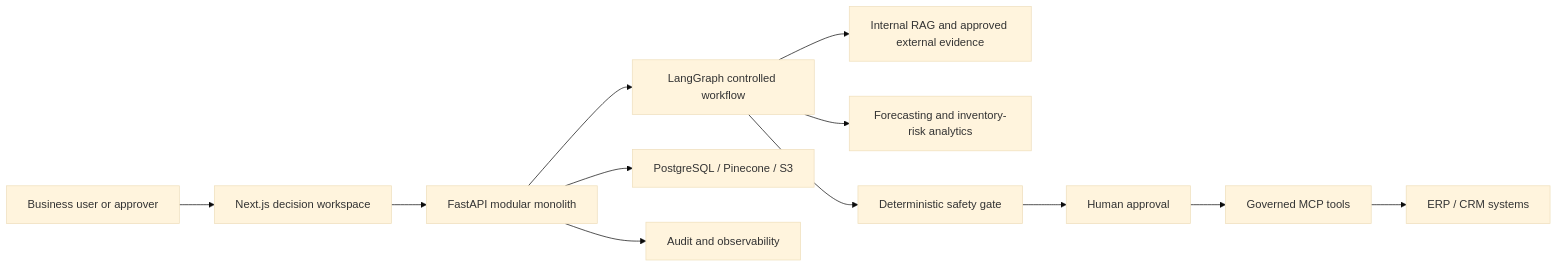
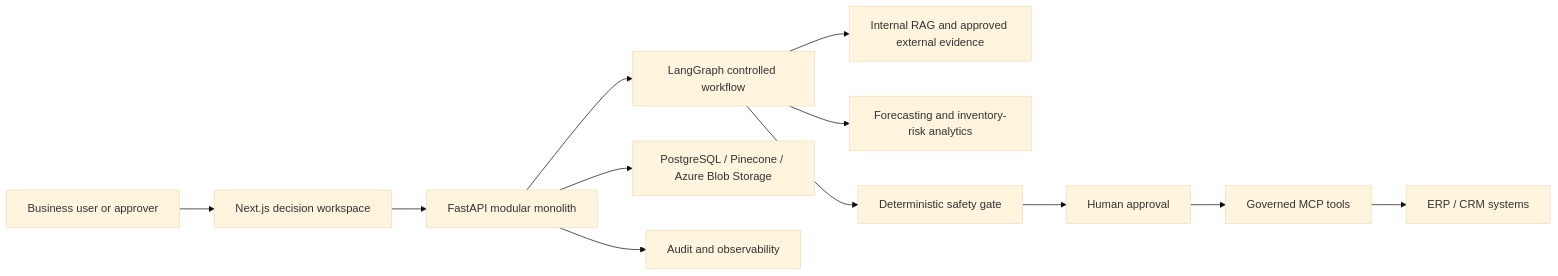
Before and after one commit to chathuranga-sudusinghe/enterprise-decision-intelligence-platform-edip: the diagram in README.md, drawn with Mermaid (base theme). The commit also changed other lines of this file and 14 other files, not shown here.

````diff
--- a/README.md
+++ b/README.md
@@ -64,14 +64,14 @@
 ```mermaid
 flowchart LR
     User["Business user or approver"] --> UI["Next.js decision workspace"]
     UI --> API["FastAPI modular monolith"]
     API --> WF["LangGraph controlled workflow"]
     WF --> RAG["Internal RAG and approved external evidence"]
     WF --> Analytics["Forecasting and inventory-risk analytics"]
     WF --> Gate["Deterministic safety gate"]
     Gate --> HITL["Human approval"]
     HITL --> MCP["Governed MCP tools"]
     MCP --> Systems["ERP / CRM systems"]
-    API --> Data["PostgreSQL / Pinecone / S3"]
+    API --> Data["PostgreSQL / Pinecone / Azure Blob Storage"]
     API --> Obs["Audit and observability"]
 ```
````
